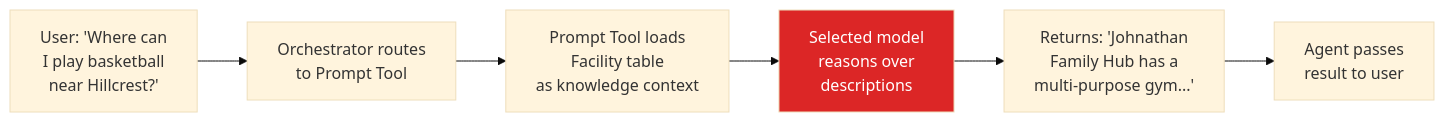
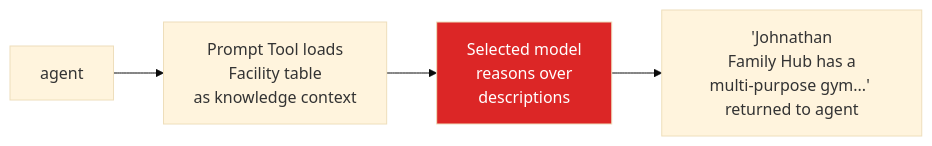
One commit to microsoft/mcscatblog changed the fifth of 5 diagrams in _posts/2026-04-10-dataverse-retrieval-patterns-copilot-studio.md. Above: the diagram before and after it, drawn with Mermaid (base theme). The commit also changed other lines of this file and 4 other files, not shown here.

Commit message:
Update Prompt Tool screenshot, widget UX fixes, editorial tweaks

````diff
--- a/_posts/2026-04-10-dataverse-retrieval-patterns-copilot-studio.md
+++ b/_posts/2026-04-10-dataverse-retrieval-patterns-copilot-studio.md
@@ -513,10 +474,8 @@
 ```mermaid
 flowchart LR
-    A["User: 'Where can<br>I play basketball<br>near Hillcrest?'"] --> B["Orchestrator routes<br>to Prompt Tool"]
-    B --> C["Prompt Tool loads<br>Facility table<br>as knowledge context"]
+    A["agent"] --> C["Prompt Tool loads<br>Facility table<br>as knowledge context"]
     C --> D["Selected model<br>reasons over<br>descriptions"]
-    D --> E["Returns: 'Johnathan<br>Family Hub has a<br>multi-purpose gym...'"]
-    E --> F["Agent passes<br>result to user"]
+    D --> E["'Johnathan<br>Family Hub has a<br>multi-purpose gym...' returned to agent"]
     
     style D fill:#dc2626,color:#fff
 ```
````
